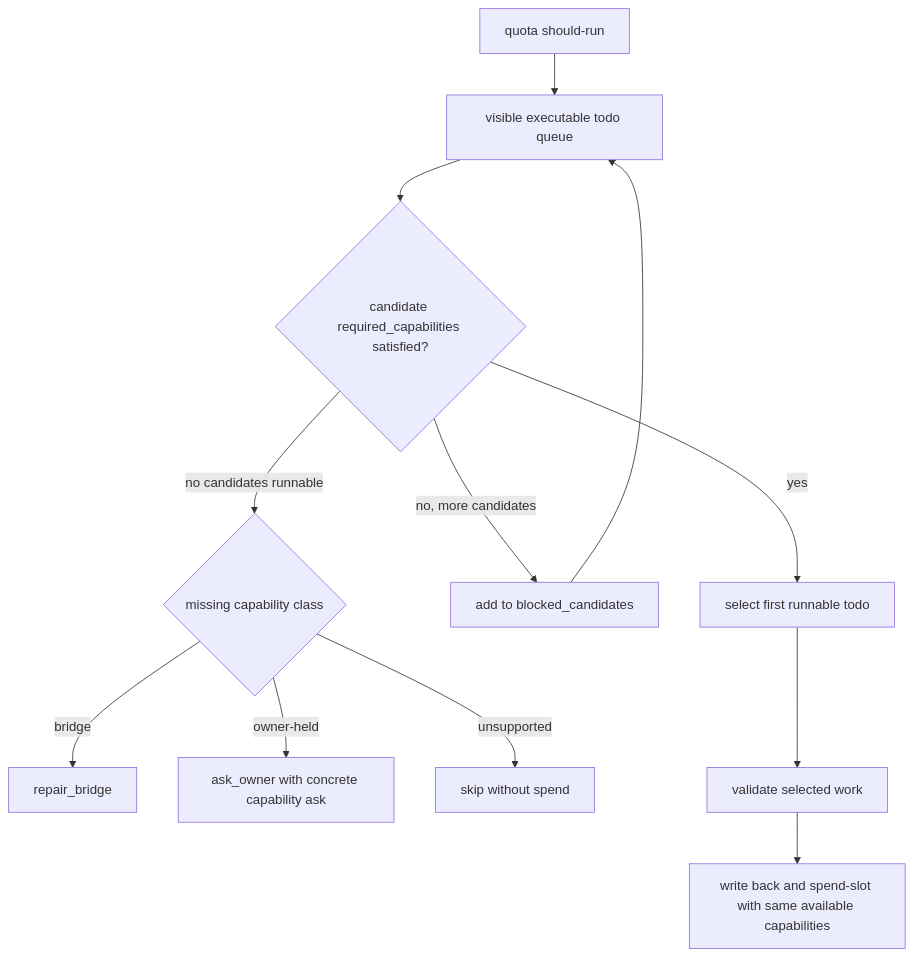
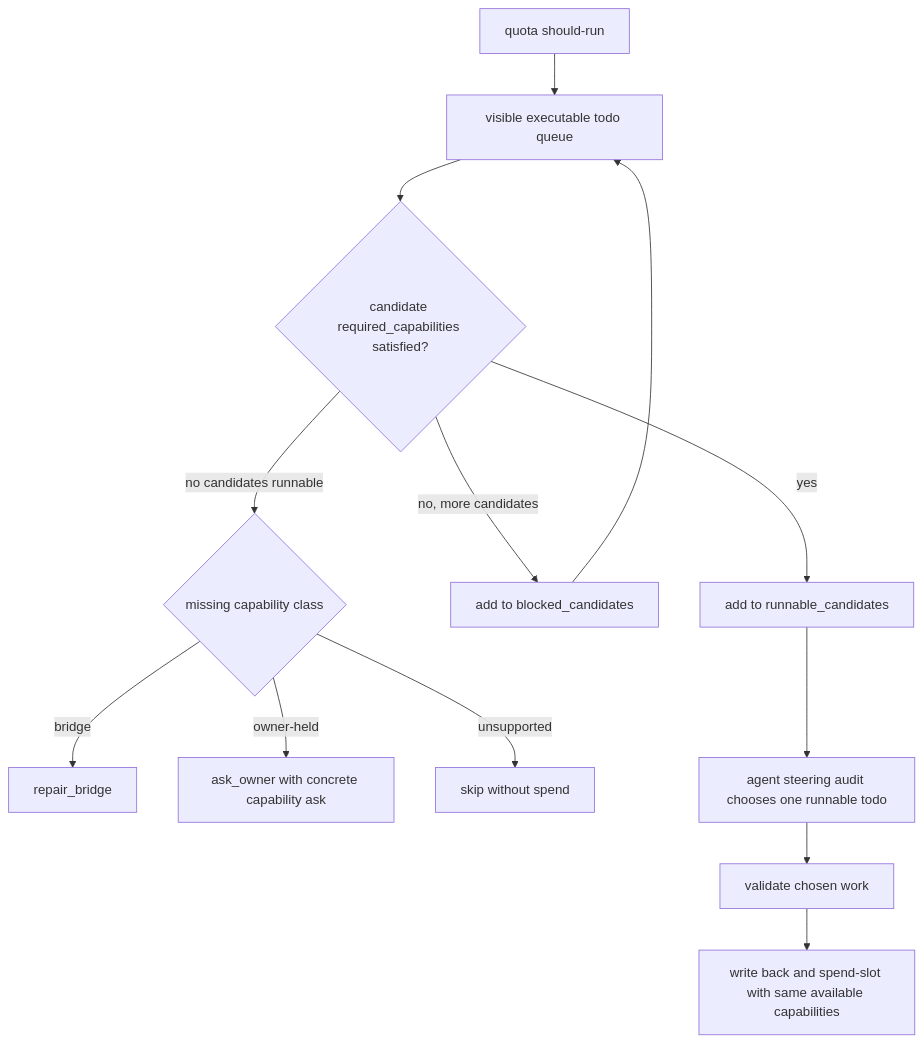
The sixth of 23 diagrams in docs/interaction-pattern-catalog.md (huangruiteng/goal-harness), drawn with Mermaid before and after one commit. The commit also changed other lines of this file and 5 other files, not shown here.

First line of the commit message:
fix: project capability-runnable candidates

````diff
--- a/docs/interaction-pattern-catalog.md
+++ b/docs/interaction-pattern-catalog.md
@@ -415,14 +426,15 @@
 ```mermaid
 flowchart TD
   Q["quota should-run"] --> E["visible executable todo queue"]
   E --> C{"candidate required_capabilities satisfied?"}
-  C -->|"yes"| R["select first runnable todo"]
+  C -->|"yes"| R["add to runnable_candidates"]
   C -->|"no, more candidates"| B["add to blocked_candidates"]
   B --> E
   C -->|"no candidates runnable"| M{"missing capability class"}
   M -->|"bridge"| P["repair_bridge"]
   M -->|"owner-held"| U["ask_owner with concrete capability ask"]
   M -->|"unsupported"| S["skip without spend"]
-  R --> V["validate selected work"]
+  R --> A["agent steering audit chooses one runnable todo"]
+  A --> V["validate chosen work"]
   V --> W["write back and spend-slot with same available capabilities"]
 ```
````
